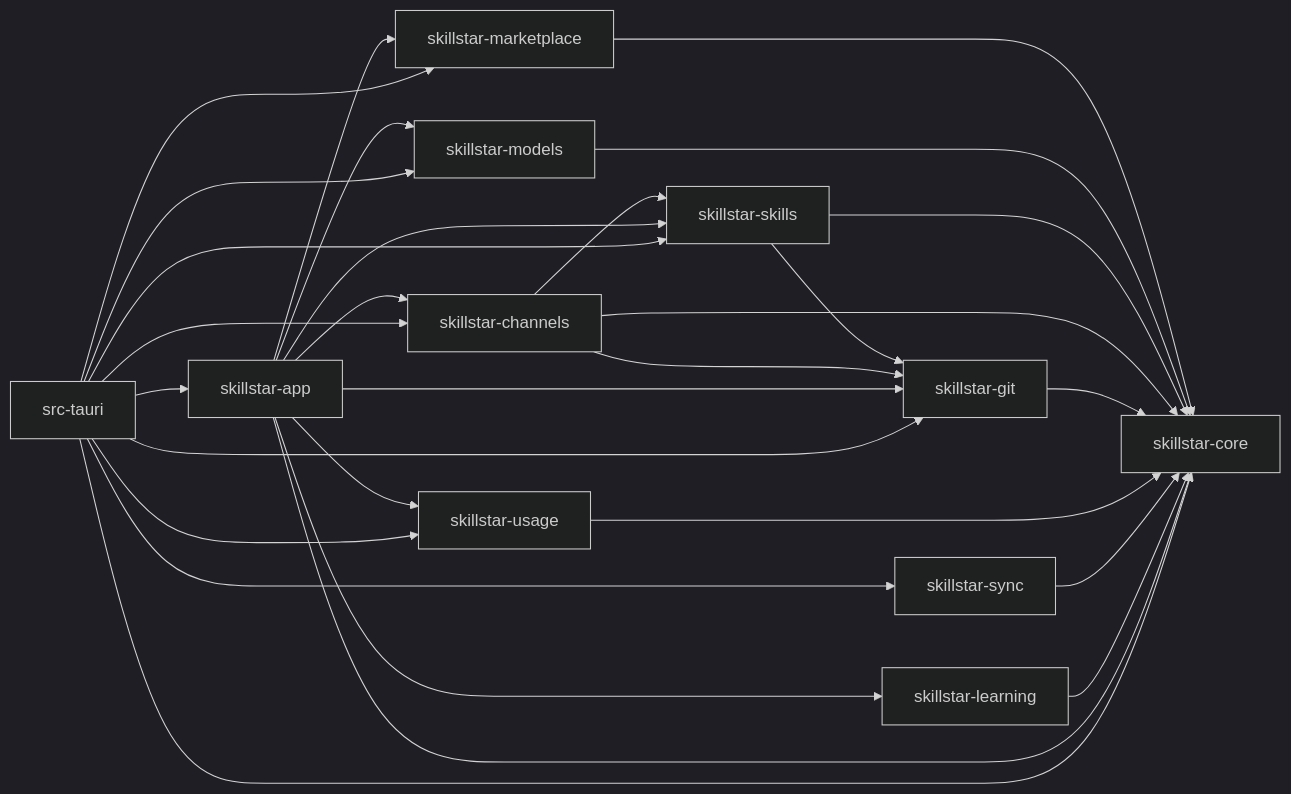
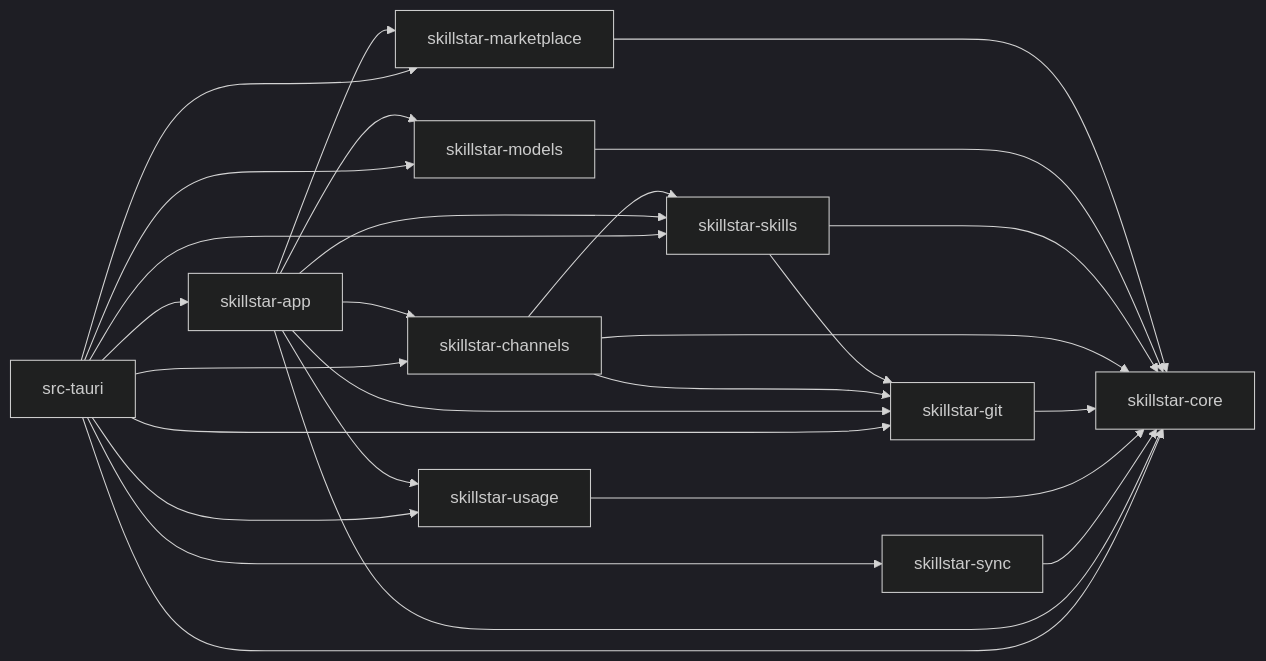
The diagram in docs/boundaries.md (xxww0098/SkillStar), drawn with Mermaid (dark theme) before and after one commit. The commit also changed other lines of this file and 172 other files, not shown here.

````diff
--- a/docs/boundaries.md
+++ b/docs/boundaries.md
@@ -65,43 +63,40 @@
 ```mermaid
 flowchart LR
   core["skillstar-core"]
   git["skillstar-git"]
   skills["skillstar-skills"]
   channels["skillstar-channels"]
   market["skillstar-marketplace"]
   models["skillstar-models"]
   usage["skillstar-usage"]
   sync["skillstar-sync"]
-  learning["skillstar-learning"]
   app["skillstar-app"]
   tauri["src-tauri"]
 
   market --> core
   models --> core
   skills --> core
   skills --> git
   channels --> core
   channels --> git
   channels --> skills
   git --> core
   usage --> core
   sync --> core
-  learning --> core
   app --> core
   app --> skills
   app --> git
   app --> channels
   app --> market
   app --> models
   app --> usage
-  app --> learning
   tauri --> app
   tauri --> core
   tauri --> skills
   tauri --> git
   tauri --> channels
   tauri --> market
   tauri --> models
   tauri --> usage
   tauri --> sync
 ```
````
